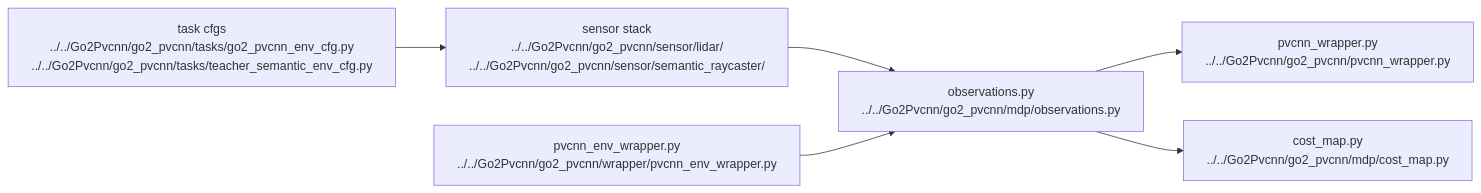
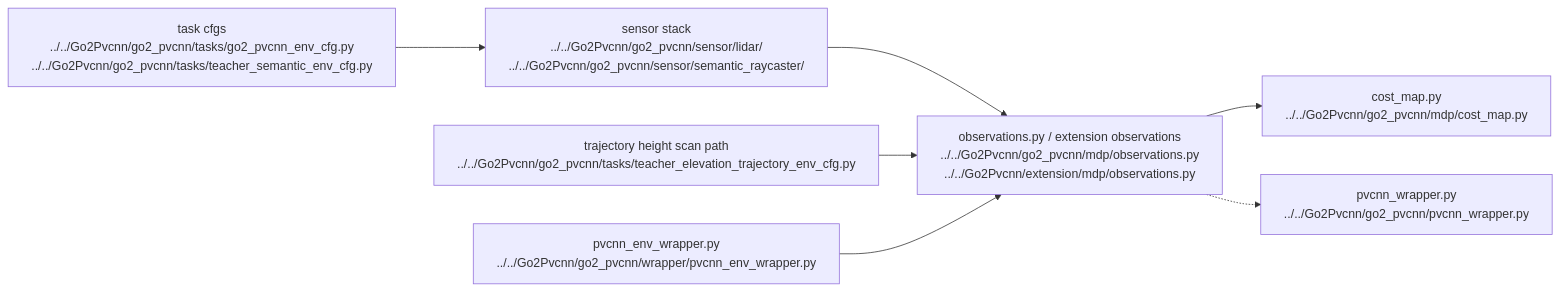
One commit to lukeyang117/Go2Pvcnn changed the diagram in notes/ai/ai-04-lidar-and-pvcnn.md. Above: the diagram before and after it, drawn with Mermaid. The commit also changed other lines of this file and 73 other files, not shown here.

````diff
--- a/notes/ai/ai-04-lidar-and-pvcnn.md
+++ b/notes/ai/ai-04-lidar-and-pvcnn.md
@@ -17,15 +17,17 @@
 ```mermaid
 graph LR
     envcfg["task cfgs\n../../Go2Pvcnn/go2_pvcnn/tasks/go2_pvcnn_env_cfg.py\n../../Go2Pvcnn/go2_pvcnn/tasks/teacher_semantic_env_cfg.py"]
     lidar["sensor stack\n../../Go2Pvcnn/go2_pvcnn/sensor/lidar/\n../../Go2Pvcnn/go2_pvcnn/sensor/semantic_raycaster/"]
-    obs["observations.py\n../../Go2Pvcnn/go2_pvcnn/mdp/observations.py"]
+    obs["observations.py / extension observations\n../../Go2Pvcnn/go2_pvcnn/mdp/observations.py\n../../Go2Pvcnn/extension/mdp/observations.py"]
     pvcnn["pvcnn_wrapper.py\n../../Go2Pvcnn/go2_pvcnn/pvcnn_wrapper.py"]
     envwrapper["pvcnn_env_wrapper.py\n../../Go2Pvcnn/go2_pvcnn/wrapper/pvcnn_env_wrapper.py"]
     costmap["cost_map.py\n../../Go2Pvcnn/go2_pvcnn/mdp/cost_map.py"]
+    planner["trajectory height scan path\n../../Go2Pvcnn/go2_pvcnn/tasks/teacher_elevation_trajectory_env_cfg.py"]
 
     envcfg --> lidar
     lidar --> obs
+    planner --> obs
+    obs --> costmap
     envwrapper --> obs
-    obs --> pvcnn
-    obs --> costmap
+    obs -.-> pvcnn
 ```
````
